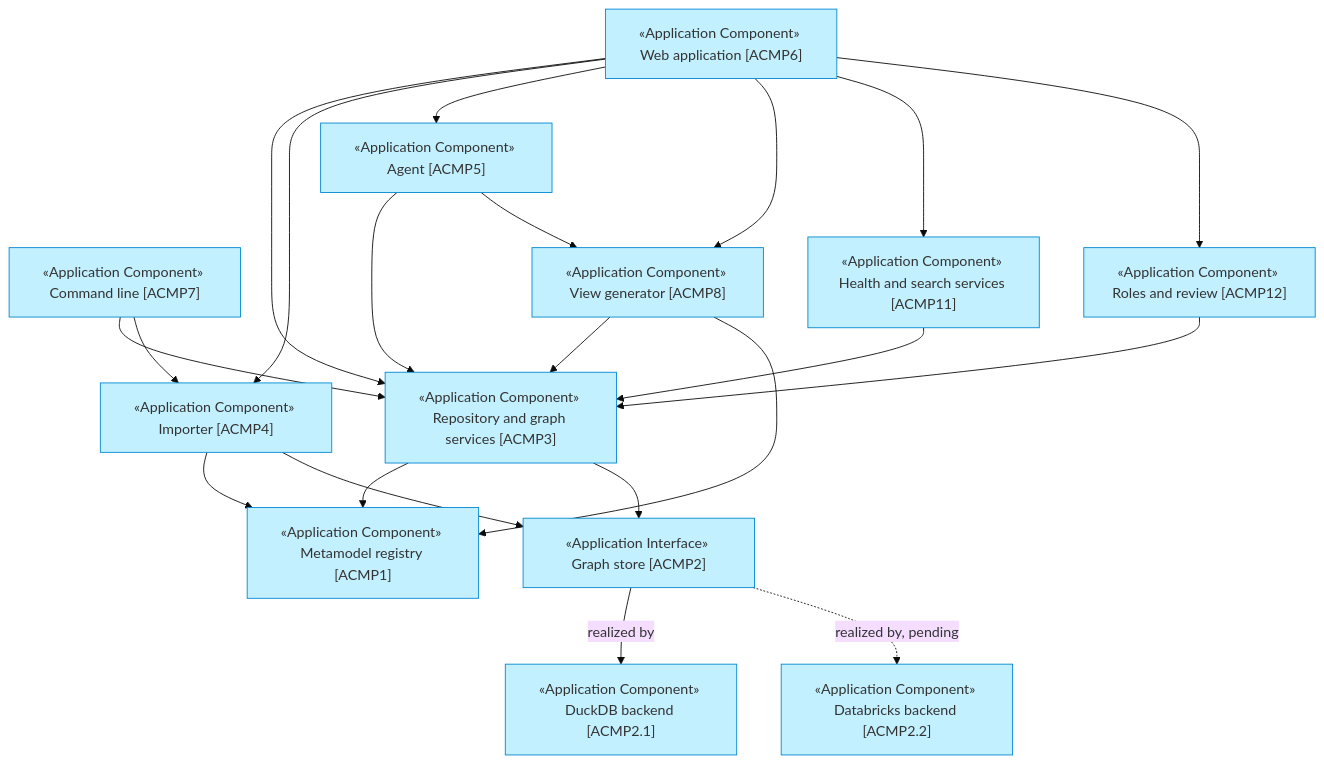
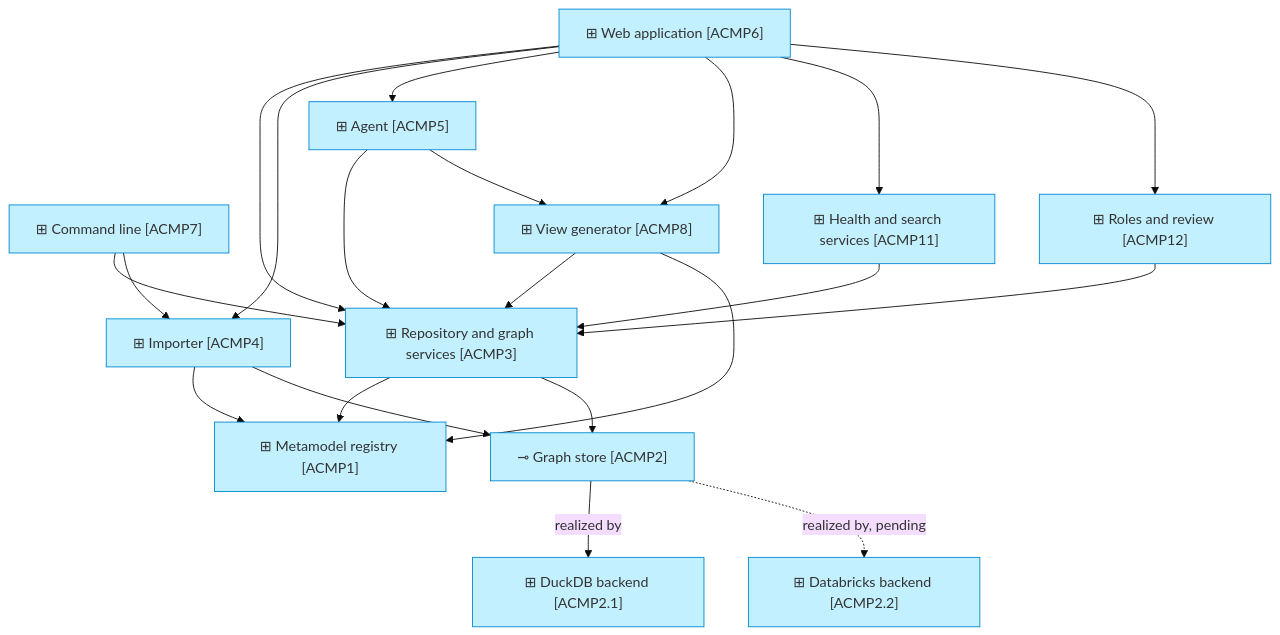
The second of 2 diagrams in architecture/4_application/README.md (bocanegratqut/dbx-enterprise-architecture), drawn with Mermaid (base theme) before and after one commit. The commit also changed other lines of this file and 25 other files, not shown here.

````diff
--- a/architecture/4_application/README.md
+++ b/architecture/4_application/README.md
@@ -24,38 +35,38 @@
 ```mermaid
 flowchart TB
-  ui["«Application Component» Web application [ACMP6]"]:::application
-  cli["«Application Component» Command line [ACMP7]"]:::application
-  agent["«Application Component» Agent [ACMP5]"]:::application
-  views["«Application Component» View generator [ACMP8]"]:::application
-  svc["«Application Component» Repository and graph services [ACMP3]"]:::application
-  imp["«Application Component» Importer [ACMP4]"]:::application
-  reg["«Application Component» Metamodel registry [ACMP1]"]:::application
-  store["«Application Interface» Graph store [ACMP2]"]:::application
-  duck["«Application Component» DuckDB backend [ACMP2.1]"]:::application
-  dbx["«Application Component» Databricks backend [ACMP2.2]"]:::application
+  ui["⊞ Web application [ACMP6]"]:::application
+  cli["⊞ Command line [ACMP7]"]:::application
+  agent["⊞ Agent [ACMP5]"]:::application
+  views["⊞ View generator [ACMP8]"]:::application
+  svc["⊞ Repository and graph services [ACMP3]"]:::application
+  imp["⊞ Importer [ACMP4]"]:::application
+  reg["⊞ Metamodel registry [ACMP1]"]:::application
+  store["⊸ Graph store [ACMP2]"]:::application
+  duck["⊞ DuckDB backend [ACMP2.1]"]:::application
+  dbx["⊞ Databricks backend [ACMP2.2]"]:::application
 
   ui --> svc
   ui --> imp
   ui --> agent
   cli --> svc
   cli --> imp
   agent --> svc
   agent --> views
   ui --> views
   views --> svc
   views --> reg
   svc --> reg
   imp --> reg
   svc --> store
   imp --> store
-  health["«Application Component» Health and search services [ACMP11]"]:::application
-  roles["«Application Component» Roles and review [ACMP12]"]:::application
+  health["⊞ Health and search services [ACMP11]"]:::application
+  roles["⊞ Roles and review [ACMP12]"]:::application
   ui --> health
   ui --> roles
   health --> svc
   roles --> svc
   store -->|realized by| duck
   store -.->|realized by, pending| dbx
 
   classDef application fill:#c2f0ff,stroke:#0288d1,color:#333
 ```
````
